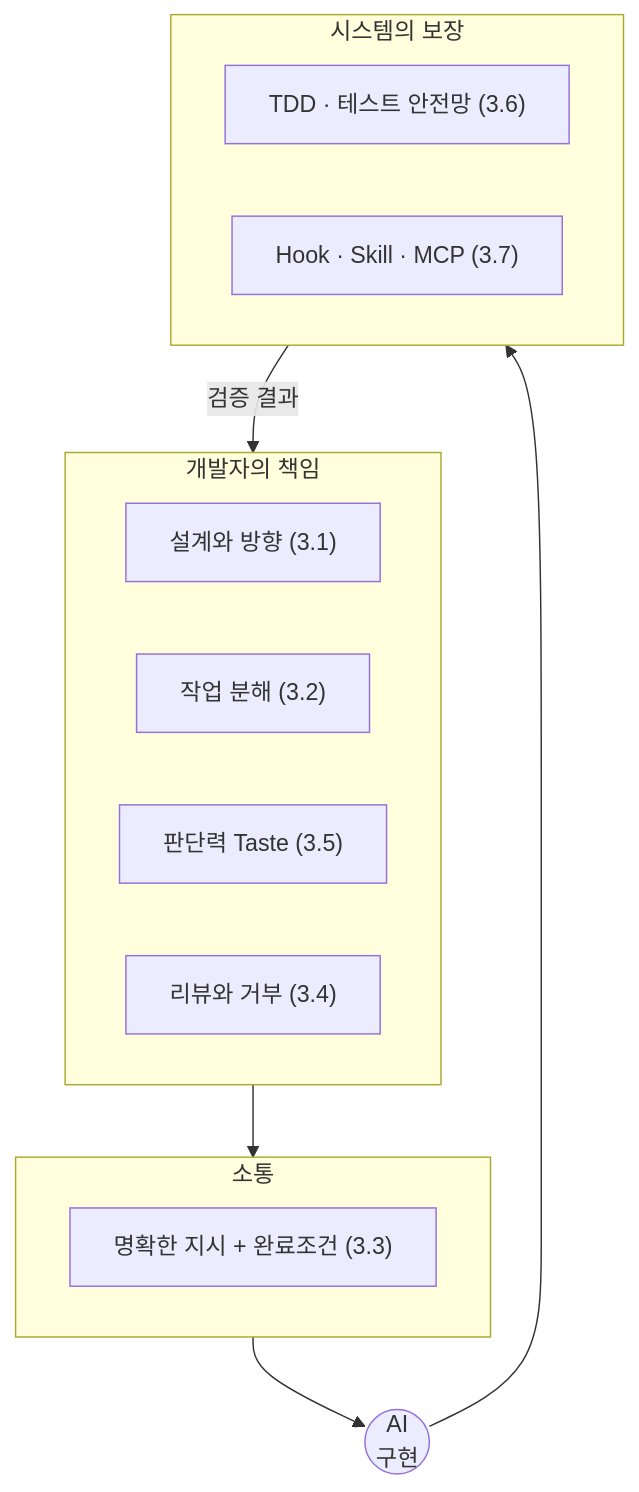
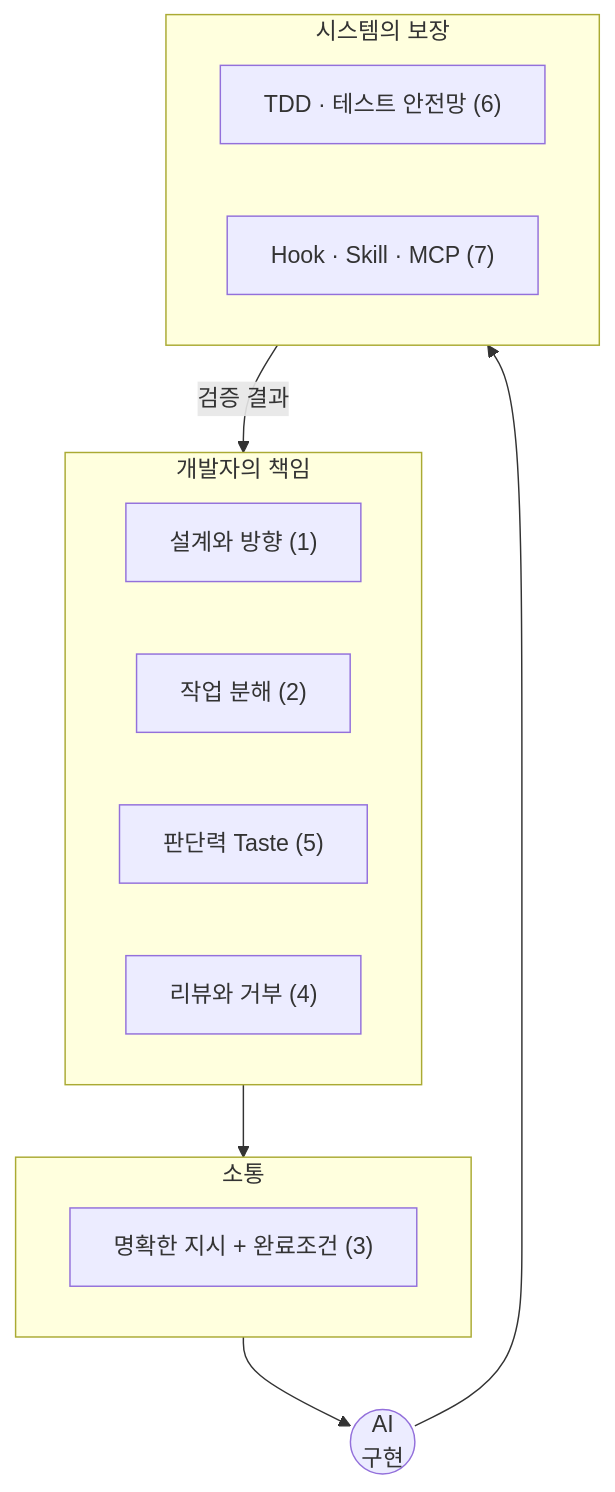
Diagram 20 of 20 in 01-ax-product-planning/1. 기획_설계/chapter3_ai_dev_methodology.md (simpleego/AX_Service_Builder), drawn with Mermaid before and after one commit. The commit also changed other lines of this file, not shown here.

````diff
--- a/01-ax-product-planning/1. 기획_설계/chapter3_ai_dev_methodology.md
+++ b/01-ax-product-planning/1. 기획_설계/chapter3_ai_dev_methodology.md
@@ -746,19 +746,19 @@
 ```mermaid
 flowchart TB
     subgraph HUMAN["개발자의 책임"]
-        h1["설계와 방향 (3.1)"]
-        h2["작업 분해 (3.2)"]
-        h3["판단력 Taste (3.5)"]
-        h4["리뷰와 거부 (3.4)"]
+        h1["설계와 방향 (1)"]
+        h2["작업 분해 (2)"]
+        h3["판단력 Taste (5)"]
+        h4["리뷰와 거부 (4)"]
     end
     subgraph BRIDGE["소통"]
-        b1["명확한 지시 + 완료조건 (3.3)"]
+        b1["명확한 지시 + 완료조건 (3)"]
     end
     subgraph SYSTEM["시스템의 보장"]
-        s1["TDD · 테스트 안전망 (3.6)"]
-        s2["Hook · Skill · MCP (3.7)"]
+        s1["TDD · 테스트 안전망 (6)"]
+        s2["Hook · Skill · MCP (7)"]
     end
     HUMAN --> BRIDGE --> AI(("AI<br/>구현"))
     AI --> SYSTEM
     SYSTEM -->|검증 결과| HUMAN
 ```
````
